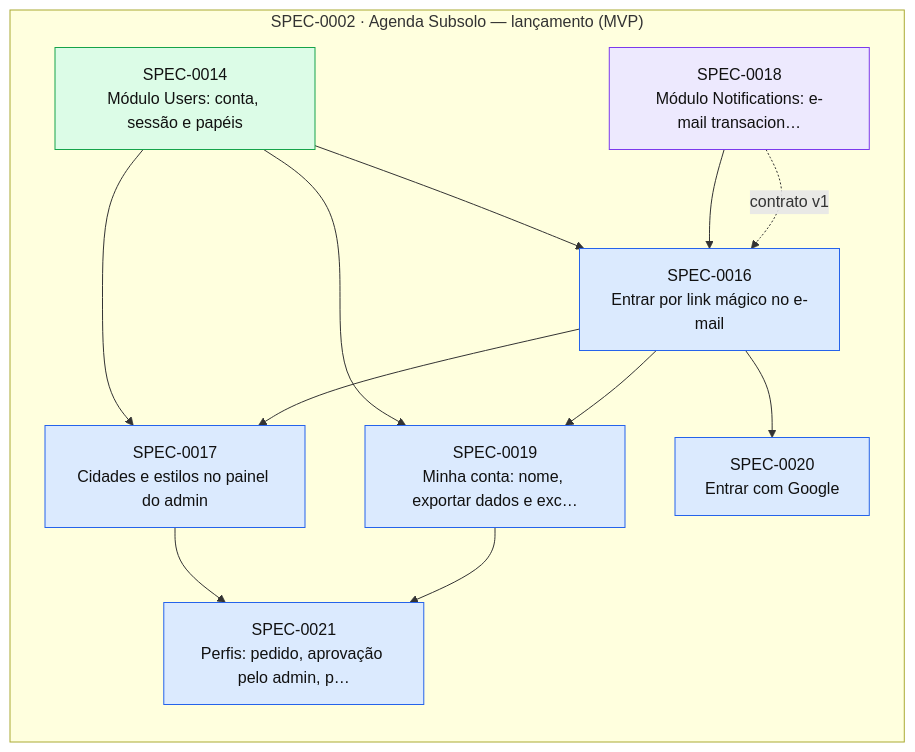
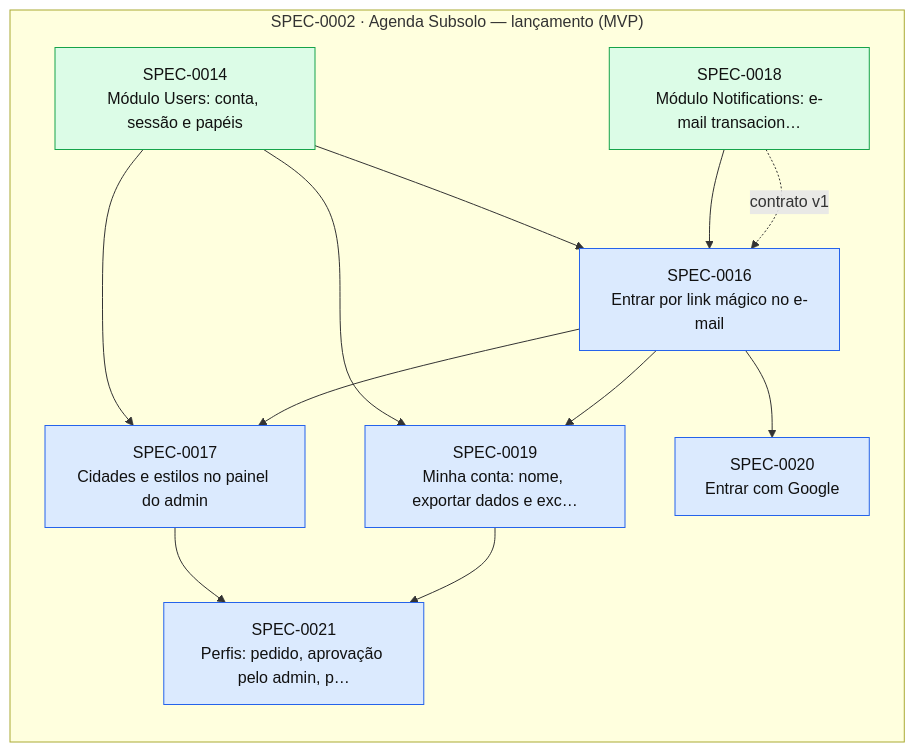
The diagram in docs/specs/INDEX.md (thomasravache/subsolo), drawn with Mermaid before and after one commit. The commit also changed other lines of this file and 3 other files, not shown here.

````diff
--- a/docs/specs/INDEX.md
+++ b/docs/specs/INDEX.md
@@ -70,27 +69,27 @@
 ```mermaid
 flowchart LR
   subgraph E0002["SPEC-0002 · Agenda Subsolo — lançamento (MVP)"]
     S0014["SPEC-0014<br/>Módulo Users: conta, sessão e papéis"]:::implemented
     S0016["SPEC-0016<br/>Entrar por link mágico no e-mail"]:::approved
     S0017["SPEC-0017<br/>Cidades e estilos no painel do admin"]:::approved
-    S0018["SPEC-0018<br/>Módulo Notifications: e-mail transacion…"]:::inprogress
+    S0018["SPEC-0018<br/>Módulo Notifications: e-mail transacion…"]:::implemented
     S0019["SPEC-0019<br/>Minha conta: nome, exportar dados e exc…"]:::approved
     S0020["SPEC-0020<br/>Entrar com Google"]:::approved
     S0021["SPEC-0021<br/>Perfis: pedido, aprovação pelo admin, p…"]:::approved
   end
   S0014 --> S0016
   S0018 --> S0016
   S0018 -. contrato v1 .-> S0016
   S0014 --> S0017
   S0016 --> S0017
   S0014 --> S0019
   S0016 --> S0019
   S0016 --> S0020
   S0017 --> S0021
   S0019 --> S0021
   classDef proposed fill:#fef3c7,stroke:#d97706,color:#111
   classDef approved fill:#dbeafe,stroke:#2563eb,color:#111
   classDef inprogress fill:#ede9fe,stroke:#7c3aed,color:#111
   classDef implemented fill:#dcfce7,stroke:#16a34a,color:#111
   classDef deprecated fill:#f3f4f6,stroke:#9ca3af,color:#6b7280
 ```
````
